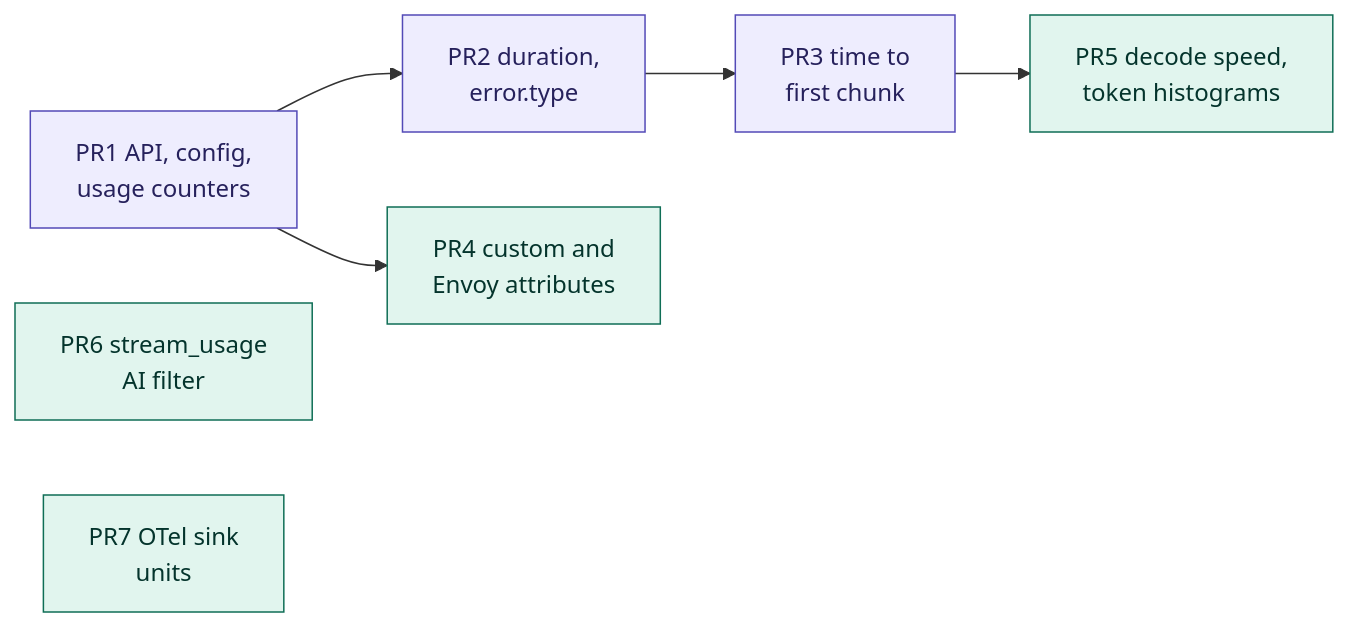
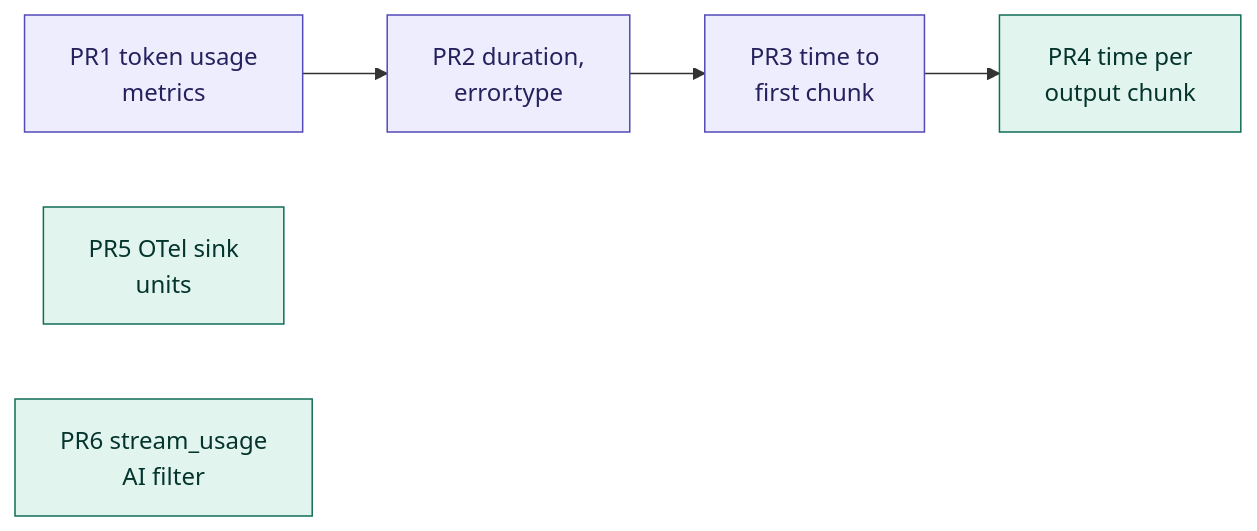
Before and after one commit to botengyao/envoy: the fifth of 5 diagrams in source/docs/ai_gen_ai_semconv.md, drawn with Mermaid. The commit also changed other lines of this file, not shown here.

Commit message:
ai_protocol_manager: make the GenAI metrics plan config-free

````diff
--- a/source/docs/ai_gen_ai_semconv.md
+++ b/source/docs/ai_gen_ai_semconv.md
@@ -357,13 +286,12 @@
 ```mermaid
 flowchart LR
-  pr1["PR1 API, config,<br/>usage counters"] --> pr2["PR2 duration,<br/>error.type"]
+  pr1["PR1 token usage<br/>metrics"] --> pr2["PR2 duration,<br/>error.type"]
   pr2 --> pr3["PR3 time to<br/>first chunk"]
-  pr1 --> pr4["PR4 custom and<br/>Envoy attributes"]
-  pr3 --> pr5["PR5 decode speed,<br/>token histograms"]
+  pr3 --> pr4["PR4 time per<br/>output chunk"]
+  pr5["PR5 OTel sink<br/>units"]
   pr6["PR6 stream_usage<br/>AI filter"]
-  pr7["PR7 OTel sink<br/>units"]
   classDef mvp fill:#EEEDFE,stroke:#534AB7,color:#26215C
   classDef p1 fill:#E1F5EE,stroke:#0F6E56,color:#04342C
   class pr1,pr2,pr3 mvp
-  class pr4,pr5,pr6,pr7 p1
+  class pr4,pr5,pr6 p1
 ```
````
